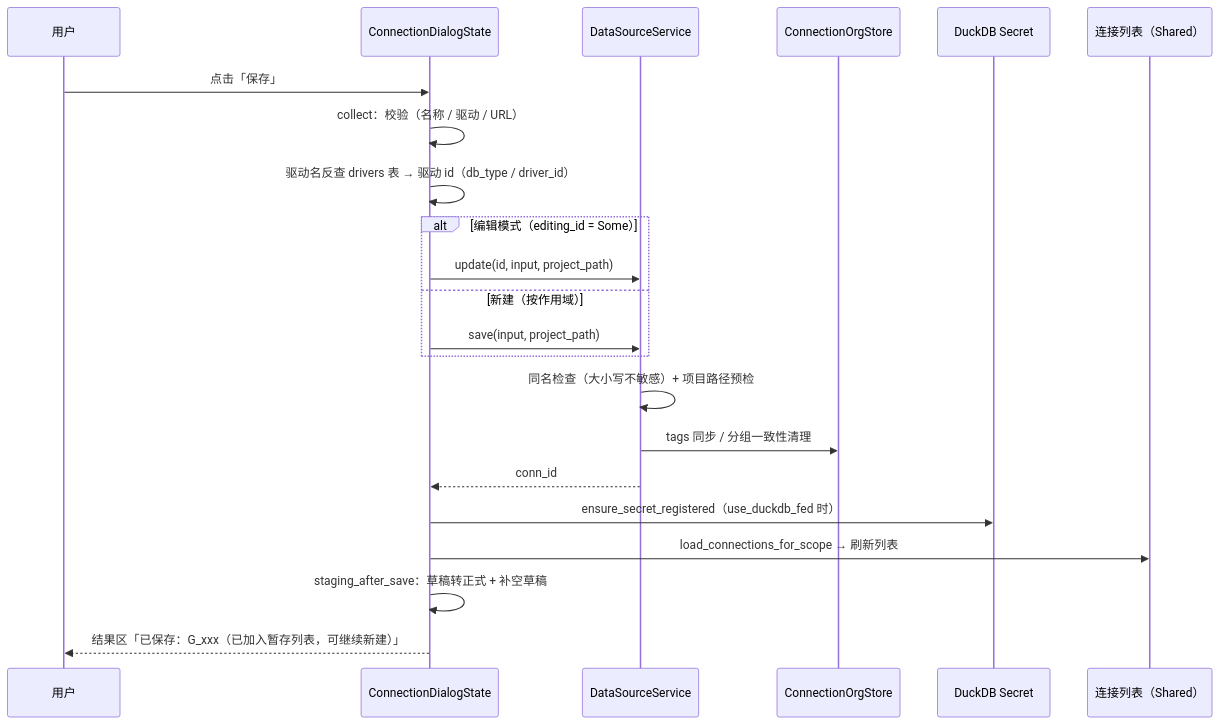
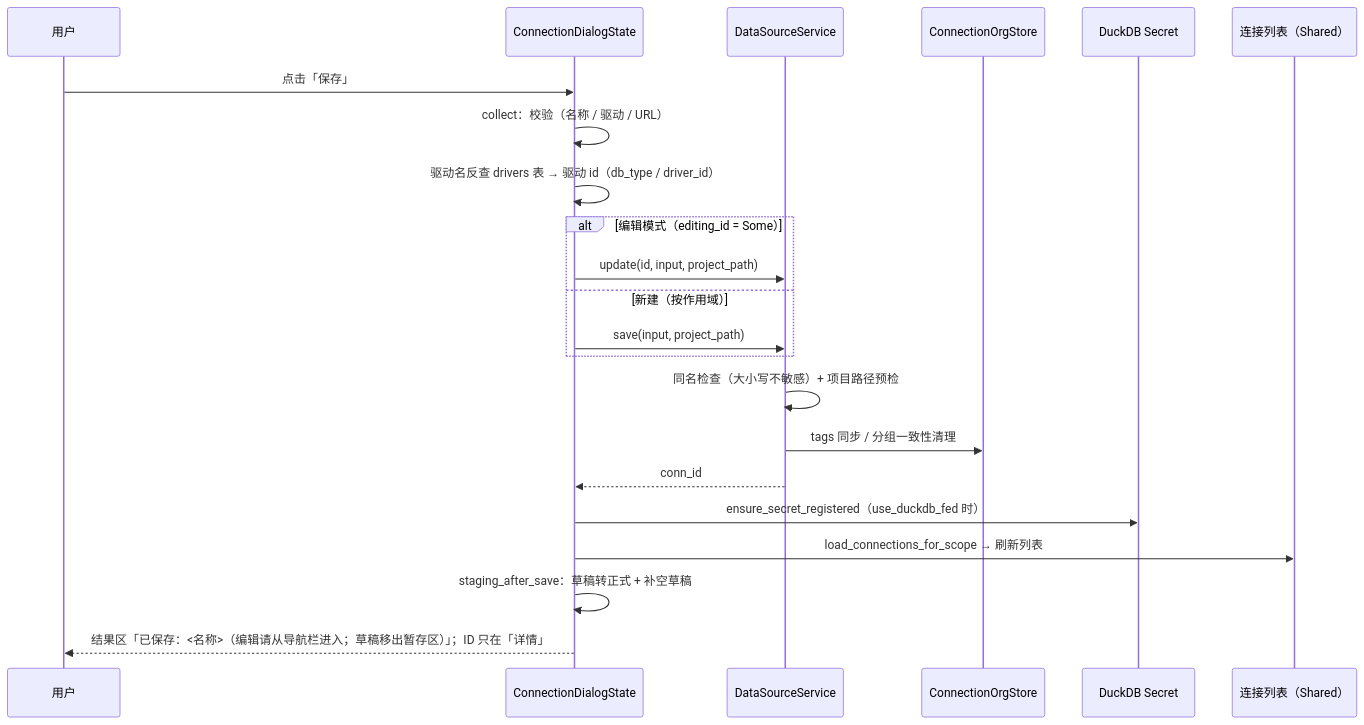
One commit to ling-love-xin/RdataStation-v2 changed the fourth of 8 diagrams in docs/architecture/connection/connection-dialog-architecture.md. Above: the diagram before and after it, drawn with Mermaid. The commit also changed other lines of this file and 11 other files, not shown here.

````diff
--- a/docs/architecture/connection/connection-dialog-architecture.md
+++ b/docs/architecture/connection/connection-dialog-architecture.md
@@ -224,24 +237,24 @@
 ```mermaid
 sequenceDiagram
     participant U as 用户
     participant D as ConnectionDialogState
     participant S as DataSourceService
     participant O as ConnectionOrgStore
     participant K as DuckDB Secret
     participant L as 连接列表（Shared）
     U->>D: 点击「保存」
     D->>D: collect：校验（名称 / 驱动 / URL）
     D->>D: 驱动名反查 drivers 表 → 驱动 id（db_type / driver_id）
     alt 编辑模式（editing_id = Some）
         D->>S: update(id, input, project_path)
     else 新建（按作用域）
         D->>S: save(input, project_path)
     end
     S->>S: 同名检查（大小写不敏感）+ 项目路径预检
     S->>O: tags 同步 / 分组一致性清理
     S-->>D: conn_id
     D->>K: ensure_secret_registered（use_duckdb_fed 时）
     D->>L: load_connections_for_scope → 刷新列表
     D->>D: staging_after_save：草稿转正式 + 补空草稿
-    D-->>U: 结果区「已保存：G_xxx（已加入暂存列表，可继续新建）」
+    D-->>U: 结果区「已保存：<名称>（编辑请从导航栏进入；草稿移出暂存区）」；ID 只在「详情」
 ```
````
